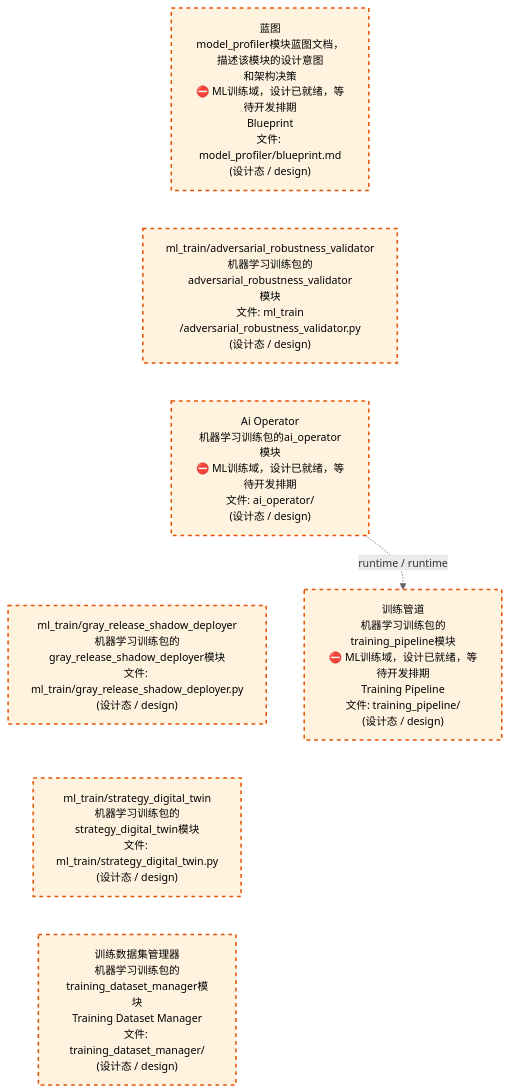
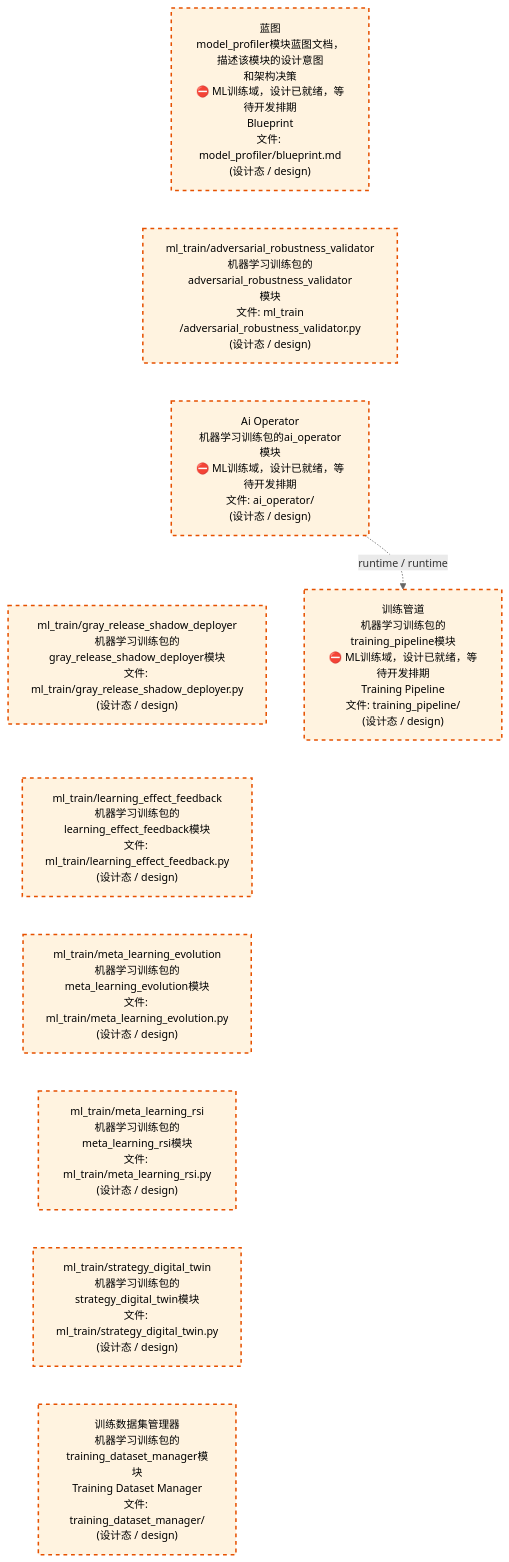
One commit to xuanFelixVan/ZephyrAlpha changed the third of 4 diagrams in docs/02_enterprise_architecture/02_domain_architecture_docs/61_d_ml_train.md. Above: the diagram before and after it, drawn with Mermaid. The commit also changed other lines of this file and 42 other files, not shown here.

````diff
--- a/docs/02_enterprise_architecture/02_domain_architecture_docs/61_d_ml_train.md
+++ b/docs/02_enterprise_architecture/02_domain_architecture_docs/61_d_ml_train.md
@@ -133,22 +139,28 @@
 ```mermaid
 %%{init: {'theme': 'base', 'themeVariables': {'primaryColor': '#eaeaea', 'primaryTextColor': '#333333', 'primaryBorderColor': '#666666', 'lineColor': '#666666', 'secondaryColor': '#eaeaea', 'tertiaryColor': '#eaeaea', 'fontSize': '14px'}}}%%
 flowchart TD
     docs_03_modules_cross_layer_model_profiler_blueprint_md["蓝图<br/>model_profiler模块蓝图文档，描述该模块的设计意图<br/>和架构决策<br/>⛔ ML训练域，设计已就绪，等待开发排期<br/>Blueprint<br/>文件: model_profiler/blueprint.md<br/>(设计态 / design)"]
     src_zephyr_ml_train_adversarial_robustness_validator_py["ml_train/adversarial_robustness_validator<br/>机器学习训练包的adversarial_robustness_validator<br/>模块<br/>文件: ml_train<br/>/adversarial_robustness_validator.py<br/>(设计态 / design)"]
     src_zephyr_ml_train_ai_operator["Ai Operator<br/>机器学习训练包的ai_operator模块<br/>⛔ ML训练域，设计已就绪，等待开发排期<br/>文件: ai_operator/<br/>(设计态 / design)"]
     src_zephyr_ml_train_gray_release_shadow_deployer_py["ml_train/gray_release_shadow_deployer<br/>机器学习训练包的gray_release_shadow_deployer模块<br/>文件: ml_train/gray_release_shadow_deployer.py<br/>(设计态 / design)"]
+    src_zephyr_ml_train_learning_effect_feedback_py["ml_train/learning_effect_feedback<br/>机器学习训练包的learning_effect_feedback模块<br/>文件: ml_train/learning_effect_feedback.py<br/>(设计态 / design)"]
+    src_zephyr_ml_train_meta_learning_evolution_py["ml_train/meta_learning_evolution<br/>机器学习训练包的meta_learning_evolution模块<br/>文件: ml_train/meta_learning_evolution.py<br/>(设计态 / design)"]
+    src_zephyr_ml_train_meta_learning_rsi_py["ml_train/meta_learning_rsi<br/>机器学习训练包的meta_learning_rsi模块<br/>文件: ml_train/meta_learning_rsi.py<br/>(设计态 / design)"]
     src_zephyr_ml_train_strategy_digital_twin_py["ml_train/strategy_digital_twin<br/>机器学习训练包的strategy_digital_twin模块<br/>文件: ml_train/strategy_digital_twin.py<br/>(设计态 / design)"]
     src_zephyr_ml_train_training_dataset_manager["训练数据集管理器<br/>机器学习训练包的training_dataset_manager模块<br/>Training Dataset Manager<br/>文件: training_dataset_manager/<br/>(设计态 / design)"]
     docs_03_modules_cross_layer_model_profiler_blueprint_md ~~~ src_zephyr_ml_train_adversarial_robustness_validator_py
     src_zephyr_ml_train_adversarial_robustness_validator_py ~~~ src_zephyr_ml_train_ai_operator
     src_zephyr_ml_train_ai_operator ~~~ src_zephyr_ml_train_gray_release_shadow_deployer_py
-    src_zephyr_ml_train_gray_release_shadow_deployer_py ~~~ src_zephyr_ml_train_strategy_digital_twin_py
+    src_zephyr_ml_train_gray_release_shadow_deployer_py ~~~ src_zephyr_ml_train_learning_effect_feedback_py
+    src_zephyr_ml_train_learning_effect_feedback_py ~~~ src_zephyr_ml_train_meta_learning_evolution_py
+    src_zephyr_ml_train_meta_learning_evolution_py ~~~ src_zephyr_ml_train_meta_learning_rsi_py
+    src_zephyr_ml_train_meta_learning_rsi_py ~~~ src_zephyr_ml_train_strategy_digital_twin_py
     src_zephyr_ml_train_strategy_digital_twin_py ~~~ src_zephyr_ml_train_training_dataset_manager
     src_zephyr_ml_train_training_pipeline["训练管道<br/>机器学习训练包的training_pipeline模块<br/>⛔ ML训练域，设计已就绪，等待开发排期<br/>Training Pipeline<br/>文件: training_pipeline/<br/>(设计态 / design)"]
     src_zephyr_ml_train_ai_operator -.->|runtime / runtime| src_zephyr_ml_train_training_pipeline
     classDef production fill:#e1f5fe,stroke:#01579b,stroke-width:2px,color:#000
     classDef design fill:#fff3e0,stroke:#e65100,stroke-width:2px,color:#000,stroke-dasharray: 5 5
     classDef external_prod fill:#e8f4fd,stroke:#0277bd,stroke-width:1px,color:#000
     classDef external_design fill:#fff8e7,stroke:#ef6c00,stroke-width:1px,color:#000,stroke-dasharray: 5 5
-    class docs_03_modules_cross_layer_model_profiler_blueprint_md,src_zephyr_ml_train_adversarial_robustness_validator_py,src_zephyr_ml_train_ai_operator,src_zephyr_ml_train_gray_release_shadow_deployer_py,src_zephyr_ml_train_strategy_digital_twin_py,src_zephyr_ml_train_training_dataset_manager,src_zephyr_ml_train_training_pipeline design
+    class docs_03_modules_cross_layer_model_profiler_blueprint_md,src_zephyr_ml_train_adversarial_robustness_validator_py,src_zephyr_ml_train_ai_operator,src_zephyr_ml_train_gray_release_shadow_deployer_py,src_zephyr_ml_train_learning_effect_feedback_py,src_zephyr_ml_train_meta_learning_evolution_py,src_zephyr_ml_train_meta_learning_rsi_py,src_zephyr_ml_train_strategy_digital_twin_py,src_zephyr_ml_train_training_dataset_manager,src_zephyr_ml_train_training_pipeline design
 ```
````
